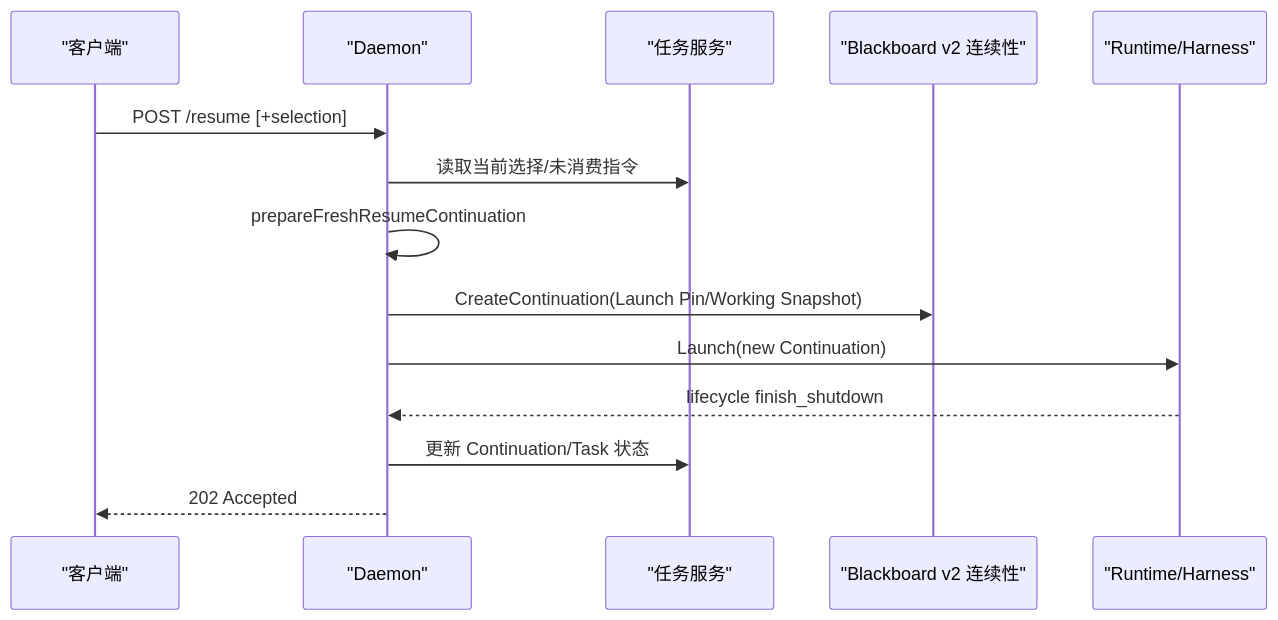
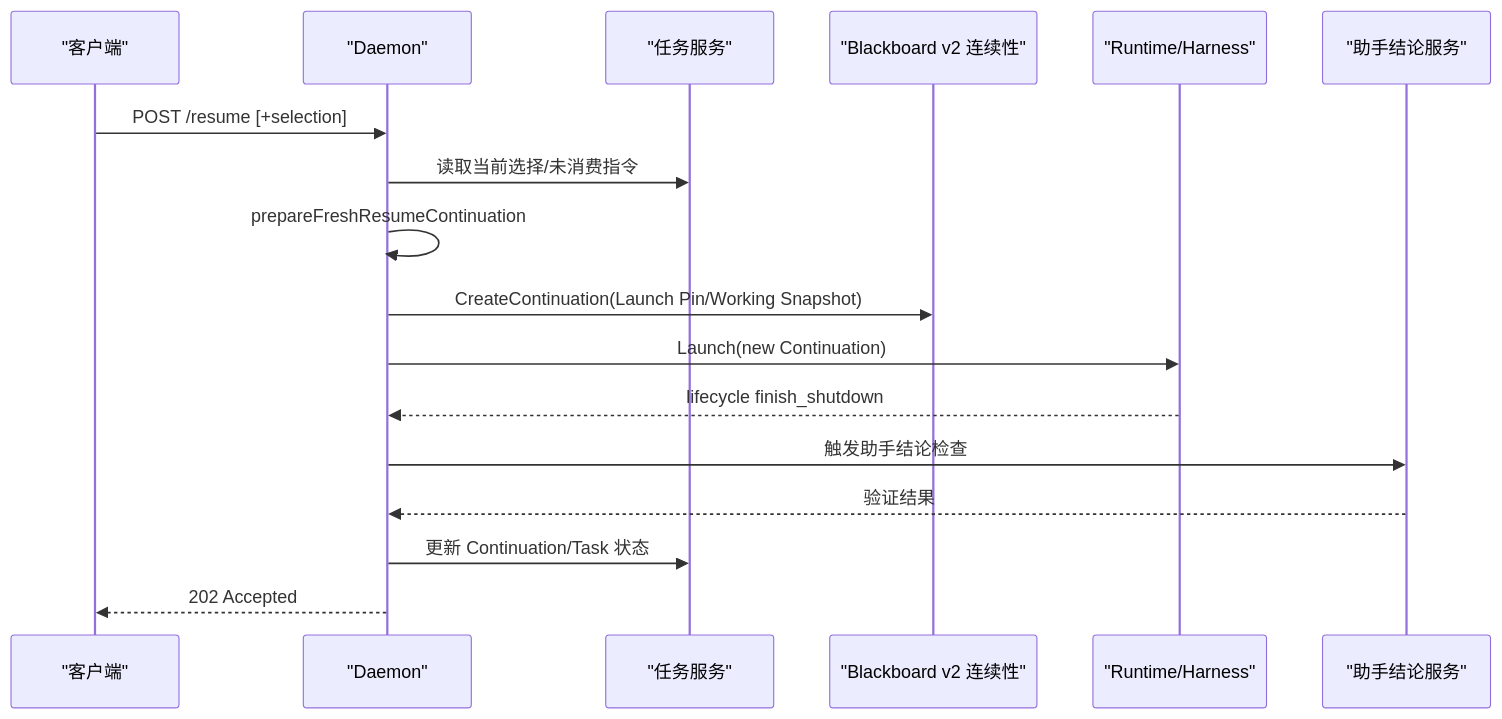
One commit to n1majne3/CyberPenda changed the eighth of 12 diagrams in .qoder/repowiki/zh/content/核心架构/控制平面 - Daemon服务/任务生命周期管理/任务生命周期管理.md. Above: the diagram before and after it, drawn with Mermaid. The commit also changed other lines of this file and 6 other files, not shown here.

````diff
--- a/.qoder/repowiki/zh/content/核心架构/控制平面 - Daemon服务/任务生命周期管理/任务生命周期管理.md
+++ b/.qoder/repowiki/zh/content/核心架构/控制平面 - Daemon服务/任务生命周期管理/任务生命周期管理.md
@@ -268,16 +369,19 @@
 ```mermaid
 sequenceDiagram
 participant Client as "客户端"
 participant Daemon as "Daemon"
 participant TaskSvc as "任务服务"
 participant BBV2 as "Blackboard v2 连续性"
 participant Harness as "Runtime/Harness"
+participant AC as "助手结论服务"
 Client->>Daemon : POST /resume [+selection]
 Daemon->>TaskSvc : 读取当前选择/未消费指令
 Daemon->>Daemon : prepareFreshResumeContinuation
 Daemon->>BBV2 : CreateContinuation(Launch Pin/Working Snapshot)
 Daemon->>Harness : Launch(new Continuation)
 Harness-->>Daemon : lifecycle finish_shutdown
+Daemon->>AC : 触发助手结论检查
+AC-->>Daemon : 验证结果
 Daemon->>TaskSvc : 更新 Continuation/Task 状态
 Daemon-->>Client : 202 Accepted
 ```
````
